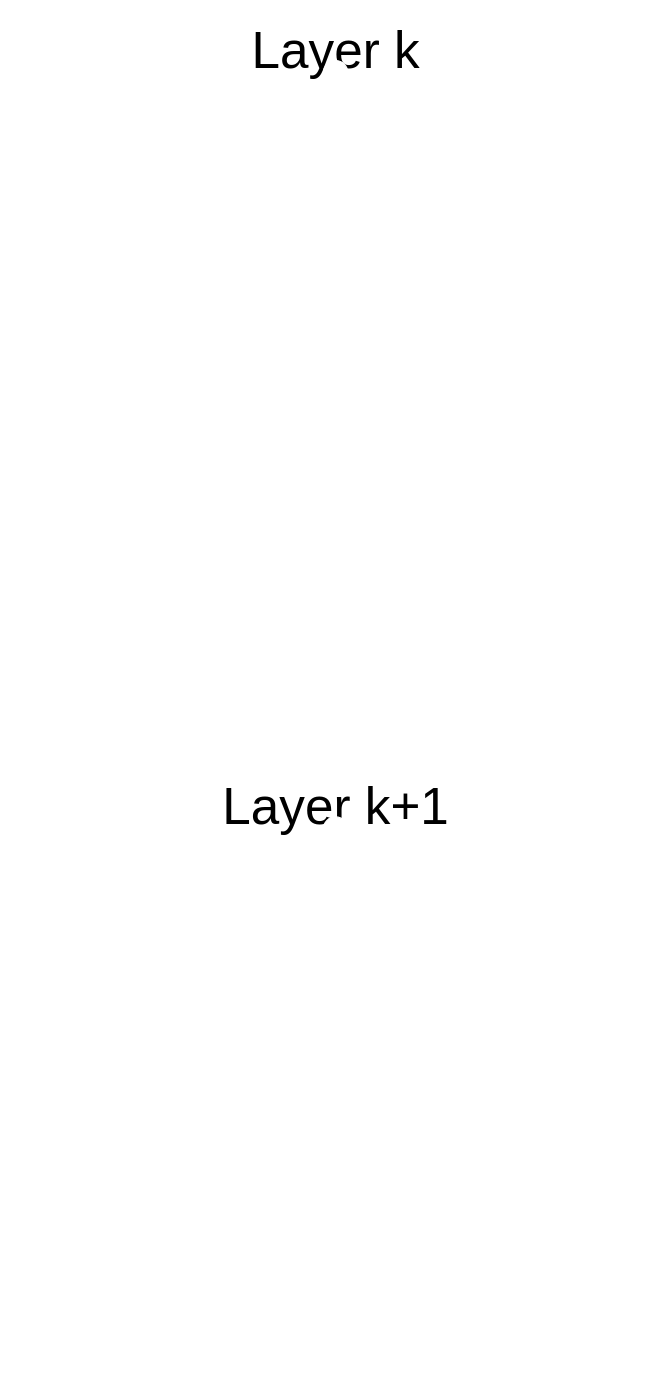
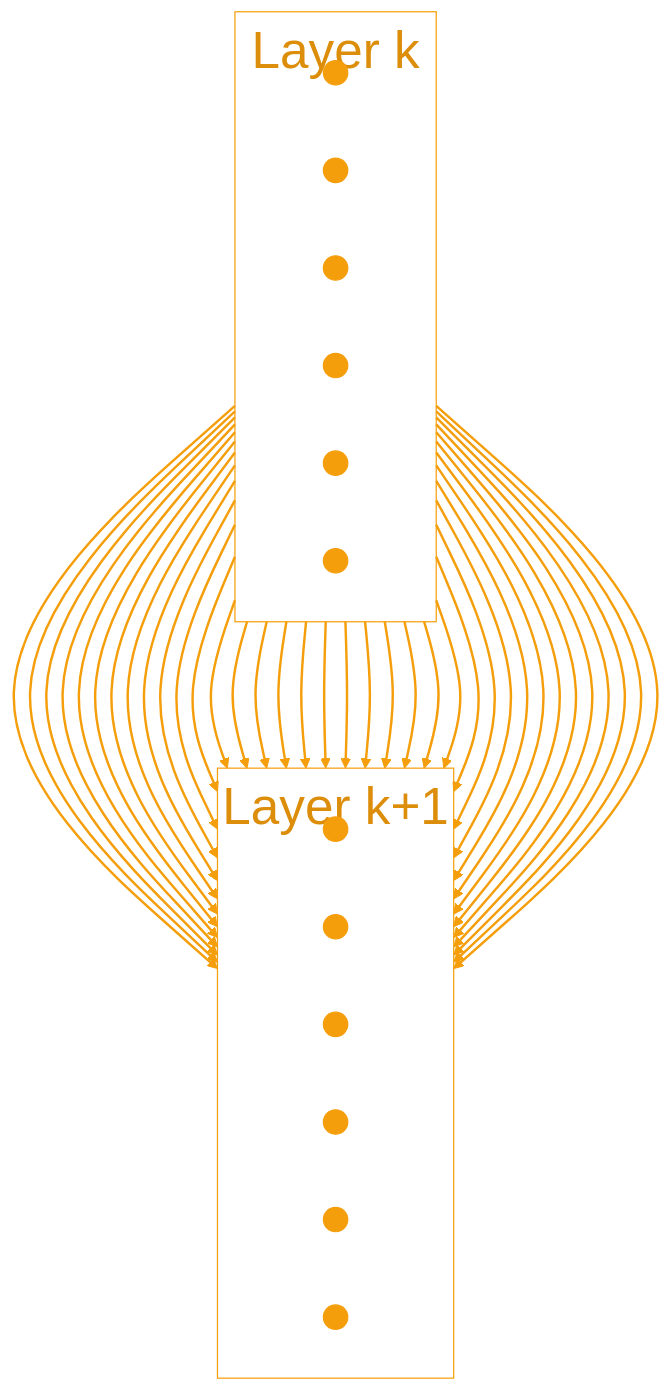
The first of 2 diagrams in slides/m13-fine-tuning.qmd (kerryback/mgmt675), drawn with Mermaid before and after one commit. The commit also changed other lines of this file and 1 other file, not shown here.

Commit message:
Use amber for both LoRA diagrams, remove weight-merge explainer

````diff
--- a/slides/m13-fine-tuning.qmd
+++ b/slides/m13-fine-tuning.qmd
@@ -192,43 +192,43 @@
 ```{mermaid}
 %%| fig-width: 16
-%%{init: {'theme': 'base', 'themeVariables': {'fontSize': '42px', 'primaryColor': '#fff', 'primaryTextColor': '#fff', 'lineColor': '#fff', 'clusterBkg': 'transparent', 'clusterBorder': '#fff'}, 'flowchart': {'nodeSpacing': 60, 'rankSpacing': 120, 'padding': 20, 'useMaxWidth': true}}}%%
+%%{init: {'theme': 'base', 'themeVariables': {'fontSize': '42px', 'primaryColor': '#f59e0b', 'primaryTextColor': '#fff', 'lineColor': '#f59e0b', 'clusterBkg': 'transparent', 'clusterBorder': '#f59e0b'}, 'flowchart': {'nodeSpacing': 60, 'rankSpacing': 120, 'padding': 20, 'useMaxWidth': true}}}%%
 graph TB
   subgraph Layer_k["Layer k"]
     direction LR
     A1((" "))
     A2((" "))
     A3((" "))
     A4((" "))
     A5((" "))
     A6((" "))
   end
   subgraph Layer_k1["Layer k+1"]
     direction LR
     B1((" "))
     B2((" "))
     B3((" "))
     B4((" "))
     B5((" "))
     B6((" "))
   end
   A1 --> B1 & B2 & B3 & B4 & B5 & B6
   A2 --> B1 & B2 & B3 & B4 & B5 & B6
   A3 --> B1 & B2 & B3 & B4 & B5 & B6
   A4 --> B1 & B2 & B3 & B4 & B5 & B6
   A5 --> B1 & B2 & B3 & B4 & B5 & B6
   A6 --> B1 & B2 & B3 & B4 & B5 & B6
 
-  linkStyle default stroke:#fff,stroke-width:2px
-  style A1 fill:#fff,stroke:#fff
-  style A2 fill:#fff,stroke:#fff
-  style A3 fill:#fff,stroke:#fff
-  style A4 fill:#fff,stroke:#fff
-  style A5 fill:#fff,stroke:#fff
-  style A6 fill:#fff,stroke:#fff
-  style B1 fill:#fff,stroke:#fff
-  style B2 fill:#fff,stroke:#fff
-  style B3 fill:#fff,stroke:#fff
-  style B4 fill:#fff,stroke:#fff
-  style B5 fill:#fff,stroke:#fff
-  style B6 fill:#fff,stroke:#fff
+  linkStyle default stroke:#f59e0b,stroke-width:2px
+  style A1 fill:#f59e0b,stroke:#f59e0b
+  style A2 fill:#f59e0b,stroke:#f59e0b
+  style A3 fill:#f59e0b,stroke:#f59e0b
+  style A4 fill:#f59e0b,stroke:#f59e0b
+  style A5 fill:#f59e0b,stroke:#f59e0b
+  style A6 fill:#f59e0b,stroke:#f59e0b
+  style B1 fill:#f59e0b,stroke:#f59e0b
+  style B2 fill:#f59e0b,stroke:#f59e0b
+  style B3 fill:#f59e0b,stroke:#f59e0b
+  style B4 fill:#f59e0b,stroke:#f59e0b
+  style B5 fill:#f59e0b,stroke:#f59e0b
+  style B6 fill:#f59e0b,stroke:#f59e0b
 ```
````
